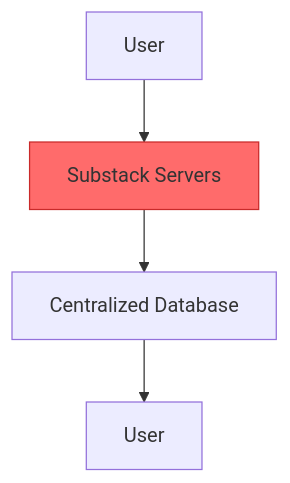
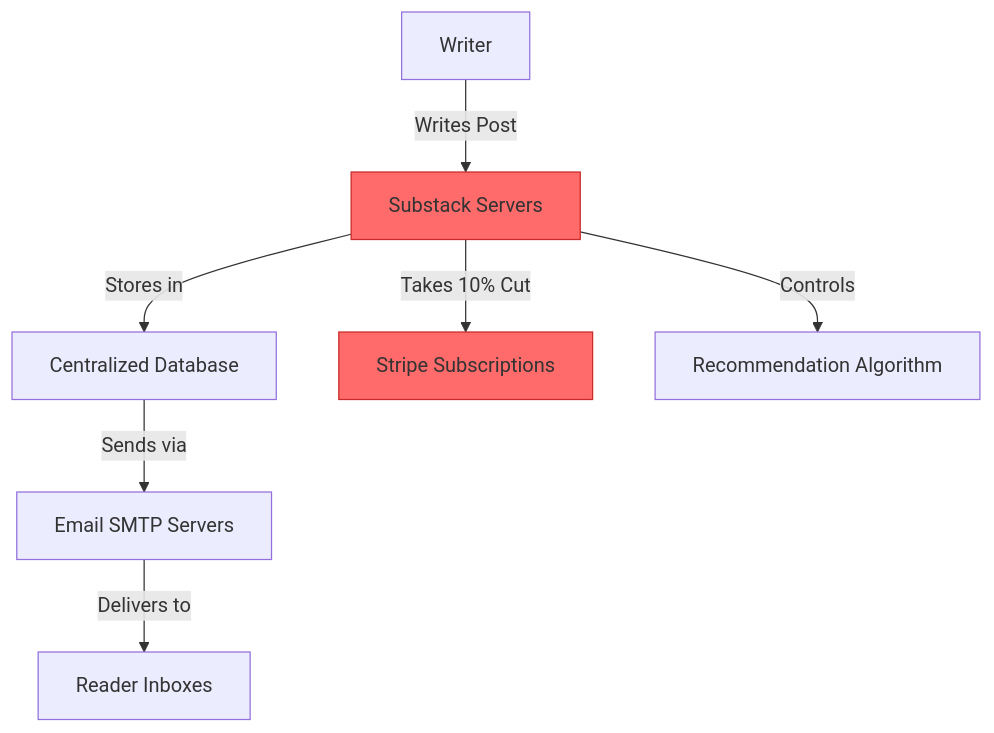
One commit to Elvatar2/Web2-To-Web3-Migration-Guide changed the first of 2 diagrams in 04-publishing/02-substack-to-paragraph.md. Above: the diagram before and after it, drawn with Mermaid. The commit also changed other lines of this file, not shown here.

````diff
--- a/04-publishing/02-substack-to-paragraph.md
+++ b/04-publishing/02-substack-to-paragraph.md
@@ -52,8 +62,12 @@
 ```mermaid
 graph TB
-    A[User] --> B[Substack Servers]
-    B --> C[Centralized Database]
-    C --> D[User]
+    A[Writer] -->|Writes Post| B[Substack Servers]
+    B -->|Stores in| C[Centralized Database]
+    C -->|Sends via| D[Email SMTP Servers]
+    D -->|Delivers to| E[Reader Inboxes]
+    B -->|Takes 10% Cut| F[Stripe Subscriptions]
+    B -->|Controls| G[Recommendation Algorithm]
 
     style B fill:#ff6b6b,stroke:#c92a2a
+    style F fill:#ff6b6b,stroke:#c92a2a
 ```
````
